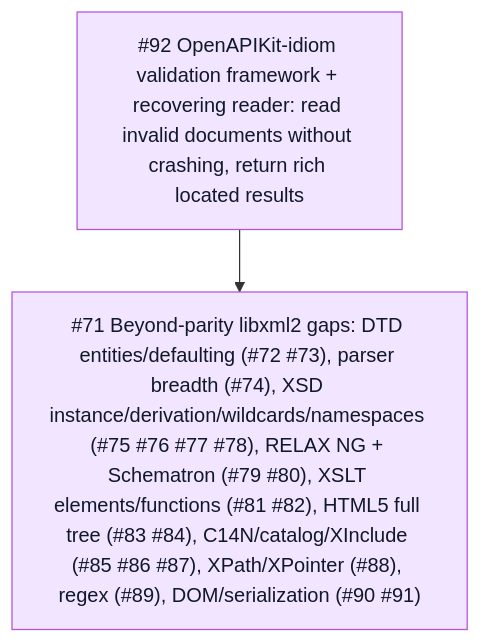
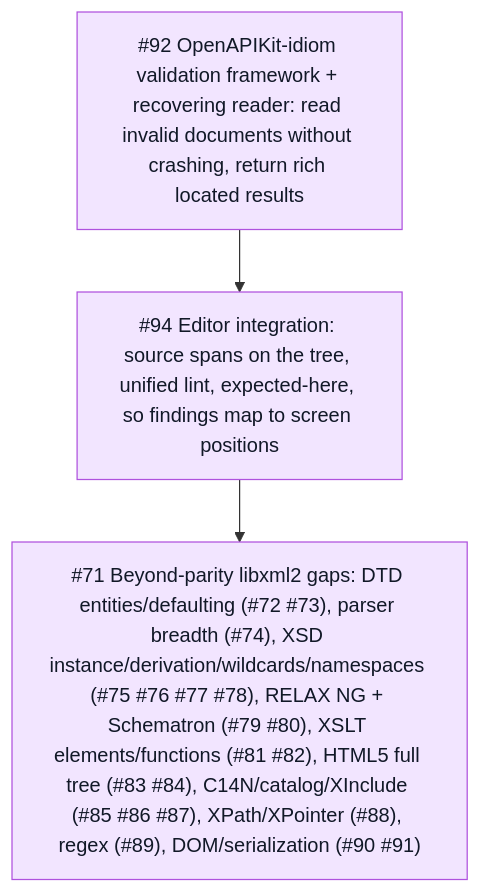
Before and after one commit to mihaelamj/PureXML: the second of 2 diagrams in README.md, drawn with Mermaid. The commit also changed 7 other files, not shown here.

First line of the commit message:
feat(editor): source spans on the tree, mapping findings to positions

````diff
--- a/README.md
+++ b/README.md
@@ -62,10 +62,12 @@
 ```mermaid
 flowchart TB
   classDef done fill:#ddf9e4,stroke:#34c759,color:#111827
   classDef review fill:#fff7d6,stroke:#ffcc00,color:#111827
   classDef epic fill:#f2e5ff,stroke:#af52de,color:#111827
   classDef todo fill:#f2f4f7,stroke:#8e8e93,color:#111827
   Validation["#92 OpenAPIKit-idiom validation framework + recovering reader: read invalid documents without crashing, return rich located results"]:::epic
+  Editor["#94 Editor integration: source spans on the tree, unified lint, expected-here, so findings map to screen positions"]:::epic
   Gaps["#71 Beyond-parity libxml2 gaps: DTD entities/defaulting (#72 #73), parser breadth (#74), XSD instance/derivation/wildcards/namespaces (#75 #76 #77 #78), RELAX NG + Schematron (#79 #80), XSLT elements/functions (#81 #82), HTML5 full tree (#83 #84), C14N/catalog/XInclude (#85 #86 #87), XPath/XPointer (#88), regex (#89), DOM/serialization (#90 #91)"]:::epic
-  Validation --> Gaps
+  Validation --> Editor
+  Editor --> Gaps
 ```
````
